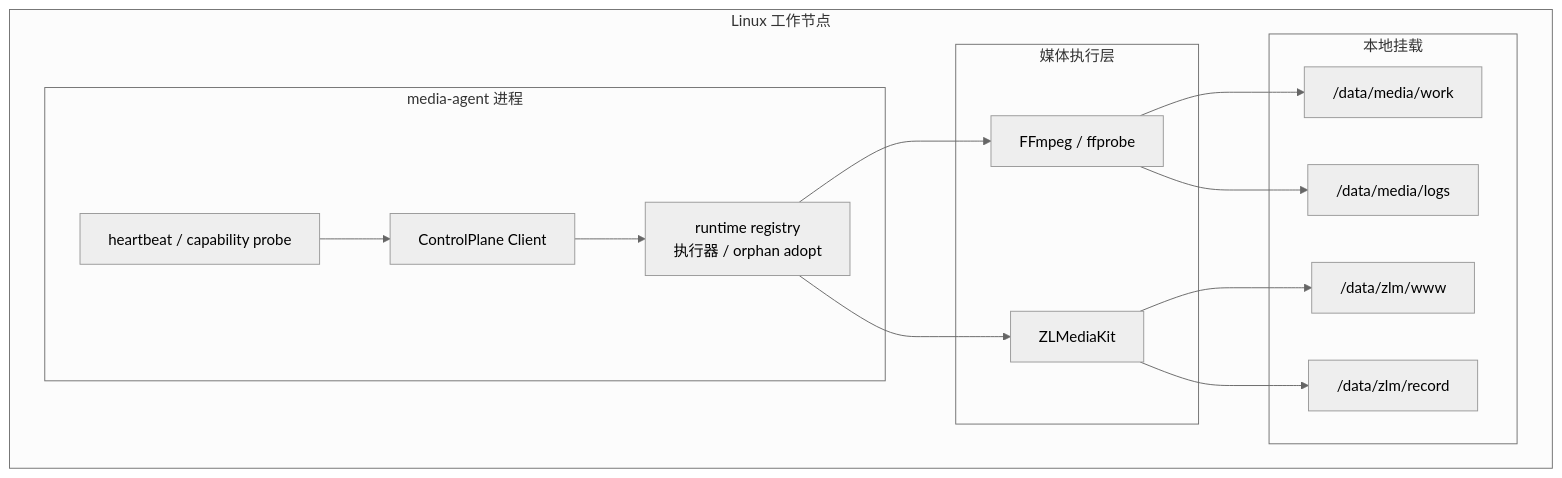
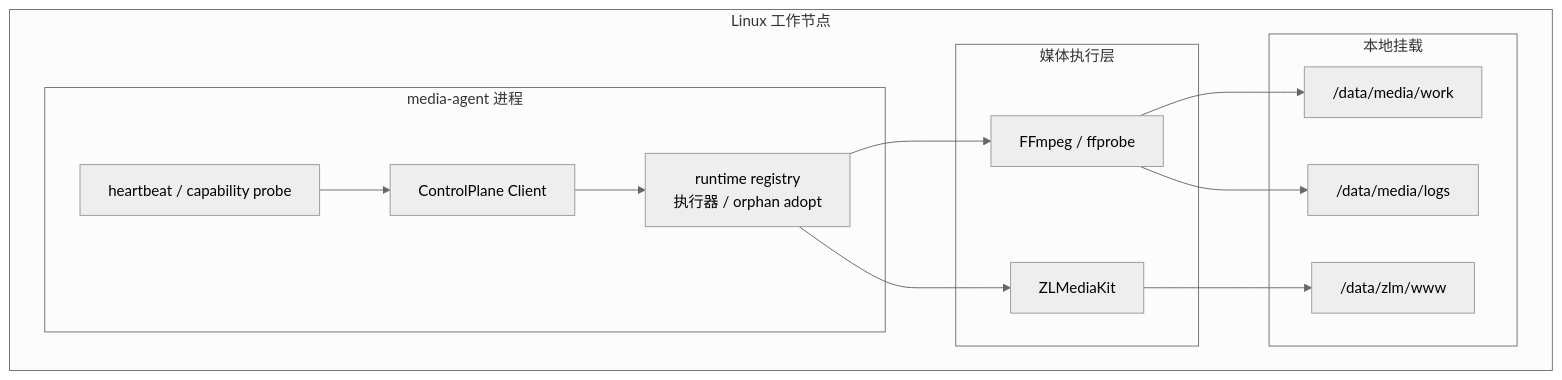
The fourth of 7 diagrams in docs/16-部署架构图.md (yu1101610062/StreamServer), drawn with Mermaid (neutral theme) before and after one commit. The commit also changed other lines of this file and 16 other files, not shown here.

Commit message:
路径对外接口上报改为相对路径 去掉/data/zlm/record历史路径兼容逻辑

````diff
--- a/docs/16-部署架构图.md
+++ b/docs/16-部署架构图.md
@@ -172,31 +172,29 @@
 ```mermaid
 flowchart TB
     subgraph Host["Linux 工作节点"]
         subgraph Agent["media-agent 进程"]
             CP["ControlPlane Client"]
             RT["runtime registry\n执行器 / orphan adopt"]
             HB["heartbeat / capability probe"]
         end
 
         subgraph Media["媒体执行层"]
             ZLM["ZLMediaKit"]
             FF["FFmpeg / ffprobe"]
         end
 
         subgraph Storage["本地挂载"]
             Work["/data/media/work"]
             Logs["/data/media/logs"]
             ZlmWww["/data/zlm/www"]
-            ZlmRecord["/data/zlm/record"]
         end
     end
 
     CP --> RT
     HB --> CP
     RT --> FF
     RT --> ZLM
     FF --> Work
     FF --> Logs
     ZLM --> ZlmWww
-    ZLM --> ZlmRecord
 ```
````
